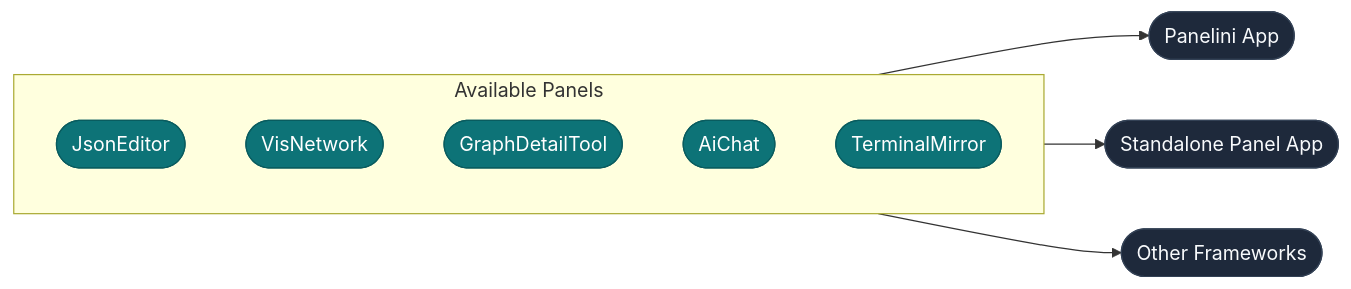
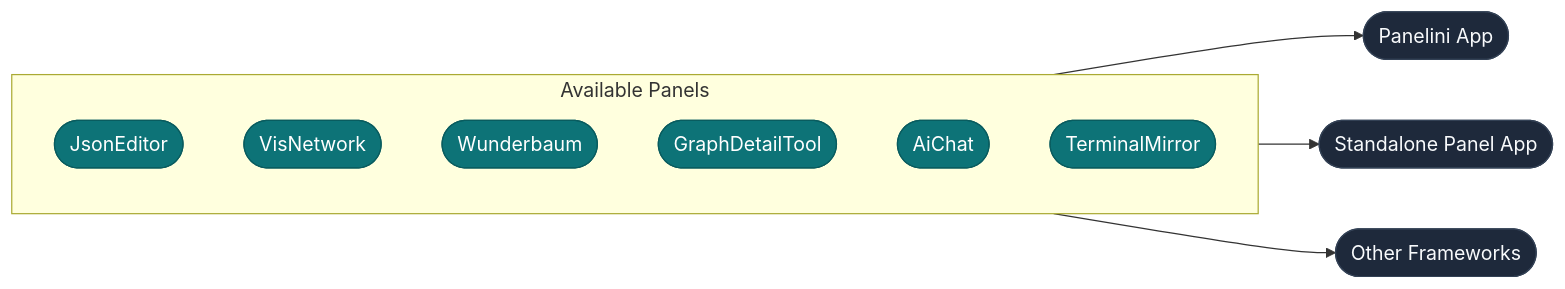
Before and after one commit to opensemanticworld/panelini: the diagram in docs/panels/index.md, drawn with Mermaid. The commit also changed other lines of this file and 57 other files, not shown here.

First line of the commit message:
docs: restructure nav, add wunderbaum panel guide, embed media

````diff
--- a/docs/panels/index.md
+++ b/docs/panels/index.md
@@ -40,24 +46,25 @@
 ```{mermaid}
 graph LR
     subgraph panels [" Available Panels "]
         je(["JsonEditor"])
         vn(["VisNetwork"])
+        wb(["Wunderbaum"])
         gdt(["GraphDetailTool"])
         ai(["AiChat"])
         tm(["TerminalMirror"])
     end
 
     panelini(["Panelini App"])
     standalone(["Standalone Panel App"])
     other(["Other Frameworks"])
 
     panels --> panelini
     panels --> standalone
     panels --> other
 
     classDef panelNode fill:#0d7377,stroke:#095c5f,color:#ffffff
     classDef targetNode fill:#1e293b,stroke:#334155,color:#f8fafc
 
-    class je,vn,gdt,ai,tm panelNode
+    class je,vn,wb,gdt,ai,tm panelNode
     class panelini,standalone,other targetNode
 ```
````
